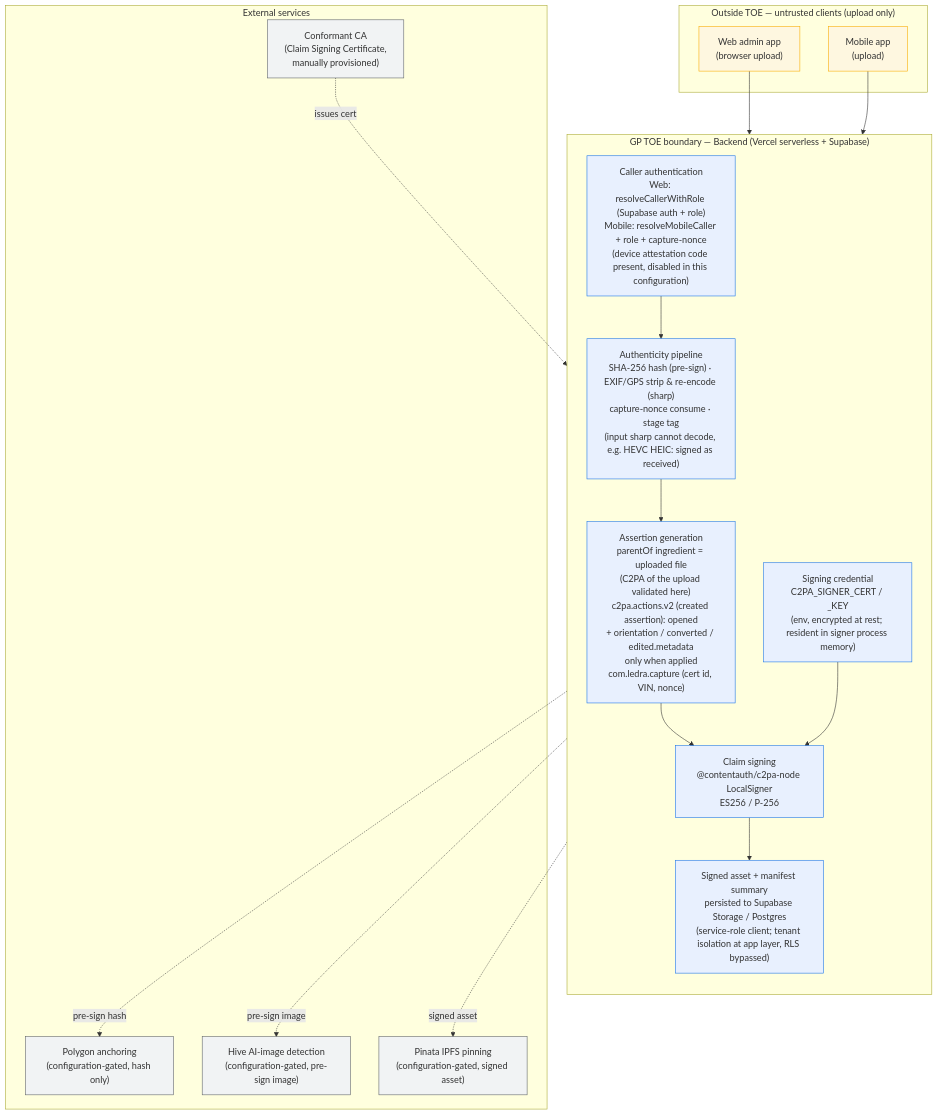
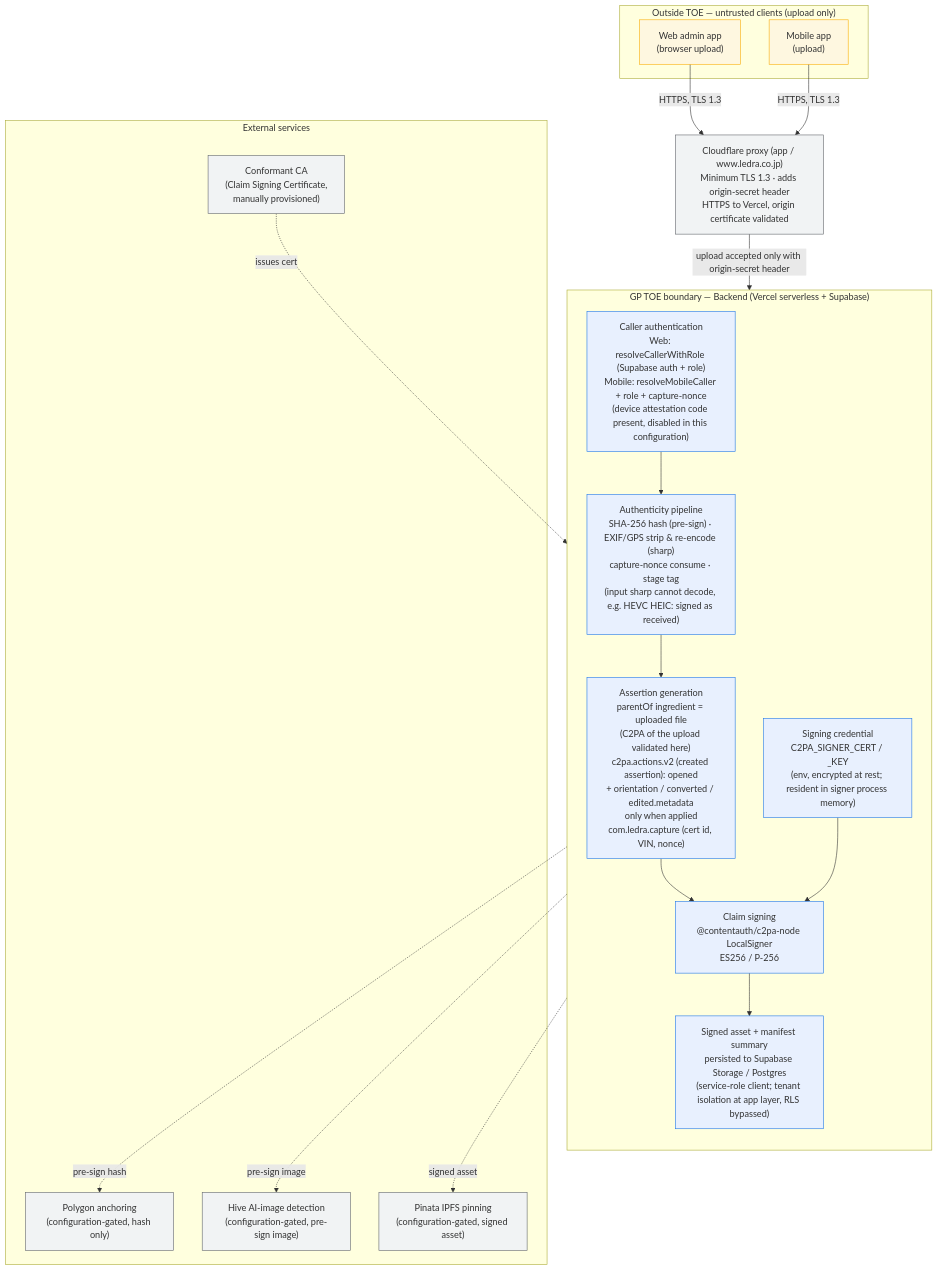
Before and after one commit to holy-auto/Ledra: the diagram in docs/diagrams/c2pa-gp-toe.mmd, drawn with Mermaid. The commit also changed 9 other files, not shown here.

First line of the commit message:
docs(c2pa): 再提出メール下書き・TOE 図に Cloudflare、確認対象に app.ledra.co.jp を追加

```diff
--- a/docs/diagrams/c2pa-gp-toe.mmd
+++ b/docs/diagrams/c2pa-gp-toe.mmd
@@ -1,42 +1,46 @@
 %% Ledra Generator Product — Target of Evaluation (TOE), Backend class, Assurance Level 1
 %% TOE boundary: from asset capture/upload through claim signing to persistence of the signed asset.
 flowchart TB
     subgraph CLIENT["Outside TOE — untrusted clients (upload only)"]
         WEB["Web admin app<br/>(browser upload)"]
         MOB["Mobile app<br/>(upload)"]
     end
+
+    EDGE["Cloudflare proxy (app / www.ledra.co.jp)<br/>Minimum TLS 1.3 · adds origin-secret header<br/>HTTPS to Vercel, origin certificate validated"]
 
     subgraph TOE["GP TOE boundary — Backend (Vercel serverless + Supabase)"]
         direction TB
         AUTH["Caller authentication<br/>Web: resolveCallerWithRole (Supabase auth + role)<br/>Mobile: resolveMobileCaller + role + capture-nonce<br/>(device attestation code present, disabled in this configuration)"]
         PIPE["Authenticity pipeline<br/>SHA-256 hash (pre-sign) · EXIF/GPS strip &amp; re-encode (sharp)<br/>capture-nonce consume · stage tag<br/>(input sharp cannot decode, e.g. HEVC HEIC: signed as received)"]
         ASSERT["Assertion generation<br/>parentOf ingredient = uploaded file<br/>(C2PA of the upload validated here)<br/>c2pa.actions.v2 (created assertion): opened<br/>+ orientation / converted / edited.metadata<br/>only when applied<br/>com.ledra.capture (cert id, VIN, nonce)"]
         SIGN["Claim signing<br/>@contentauth/c2pa-node LocalSigner<br/>ES256 / P-256"]
         KEY["Signing credential<br/>C2PA_SIGNER_CERT / _KEY<br/>(env, encrypted at rest; resident in signer process memory)"]
         STORE["Signed asset + manifest summary<br/>persisted to Supabase Storage / Postgres<br/>(service-role client; tenant isolation at app layer, RLS bypassed)"]
     end
 
     subgraph EXT["External services"]
         CA["Conformant CA<br/>(Claim Signing Certificate,<br/>manually provisioned)"]
         CHAIN["Polygon anchoring<br/>(configuration-gated, hash only)"]
         HIVE["Hive AI-image detection<br/>(configuration-gated, pre-sign image)"]
         IPFS["Pinata IPFS pinning<br/>(configuration-gated, signed asset)"]
     end
 
-    WEB --> AUTH
-    MOB --> AUTH
+    WEB -- "HTTPS, TLS 1.3" --> EDGE
+    MOB -- "HTTPS, TLS 1.3" --> EDGE
+    EDGE -- "upload accepted only with origin-secret header" --> AUTH
     AUTH --> PIPE --> ASSERT --> SIGN --> STORE
     KEY --> SIGN
     CA -. issues cert .-> KEY
     %% Polygon anchors the PRE-SIGN pipeline hash (SHA-256 of the stripped buffer),
     %% not the stored signed bytes — embedding the manifest changes the bytes.
     PIPE -. pre-sign hash .-> CHAIN
     PIPE -. pre-sign image .-> HIVE
     SIGN -. signed asset .-> IPFS
 
     classDef toe fill:#e8f0fe,stroke:#1a73e8,stroke-width:1px;
     classDef ext fill:#f1f3f4,stroke:#5f6368,stroke-width:1px;
     classDef cli fill:#fef7e0,stroke:#f9ab00,stroke-width:1px;
     class AUTH,PIPE,ASSERT,SIGN,KEY,STORE toe;
     class CA,CHAIN,HIVE,IPFS ext;
     class WEB,MOB cli;
+    class EDGE ext;
```
